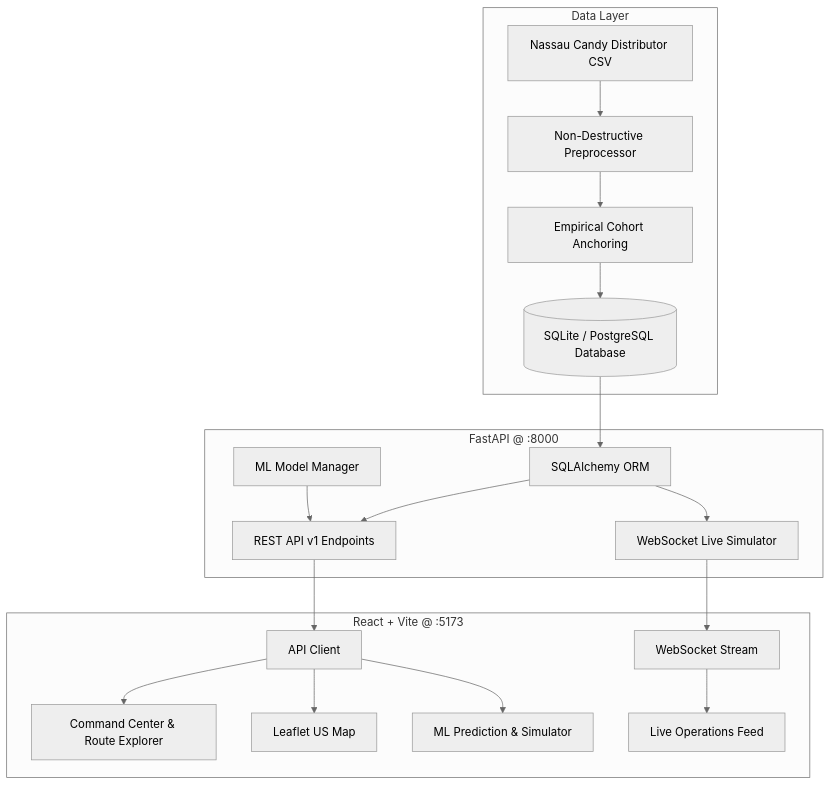
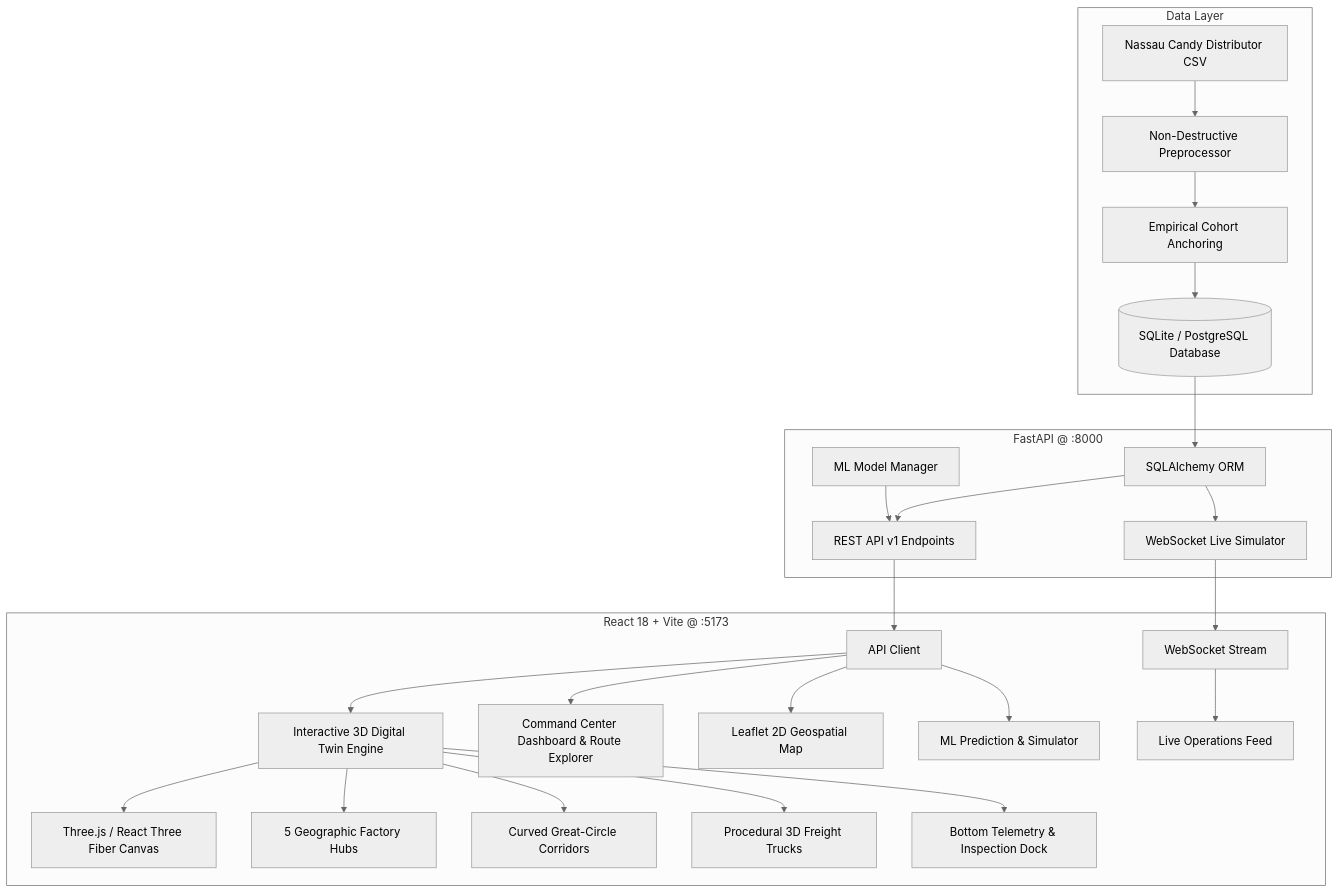
The diagram in README.md (pranavkokande60/RouteNexa-AI), drawn with Mermaid (neutral theme) before and after one commit. The commit also changed other lines of this file, not shown here.

Commit message:
docs: update README with 3D digital twin command center, telemetry dock, and architecture

````diff
--- a/README.md
+++ b/README.md
@@ -39,24 +41,30 @@
 ```mermaid
 flowchart TD
     subgraph Data Layer
         A[Nassau Candy Distributor CSV] --> B[Non-Destructive Preprocessor]
         B --> C[Empirical Cohort Anchoring]
         C --> D[(SQLite / PostgreSQL Database)]
     end
 
     subgraph Backend Service [FastAPI @ :8000]
         D --> E[SQLAlchemy ORM]
         E --> F[REST API v1 Endpoints]
         E --> G[WebSocket Live Simulator]
         H[ML Model Manager] --> F
     end
 
-    subgraph Frontend Application [React + Vite @ :5173]
+    subgraph Frontend Application [React 18 + Vite @ :5173]
         F --> I[API Client]
         G --> J[WebSocket Stream]
-        I --> K[Command Center & Route Explorer]
-        I --> L[Leaflet US Map]
-        I --> M[ML Prediction & Simulator]
-        J --> N[Live Operations Feed]
+        I --> K[Interactive 3D Digital Twin Engine]
+        K --> K1[Three.js / React Three Fiber Canvas]
+        K --> K2[5 Geographic Factory Hubs]
+        K --> K3[Curved Great-Circle Corridors]
+        K --> K4[Procedural 3D Freight Trucks]
+        K --> K5[Bottom Telemetry & Inspection Dock]
+        I --> L[Command Center Dashboard & Route Explorer]
+        I --> M[Leaflet 2D Geospatial Map]
+        I --> N[ML Prediction & Simulator]
+        J --> O[Live Operations Feed]
     end
 ```
````
